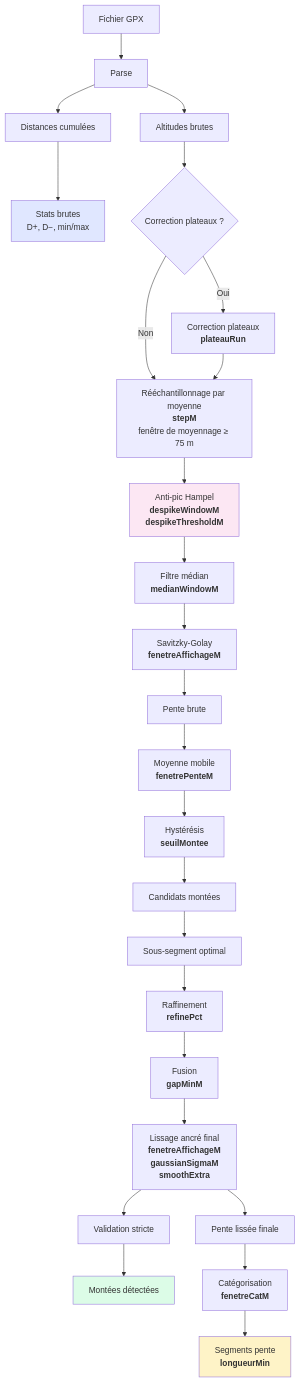
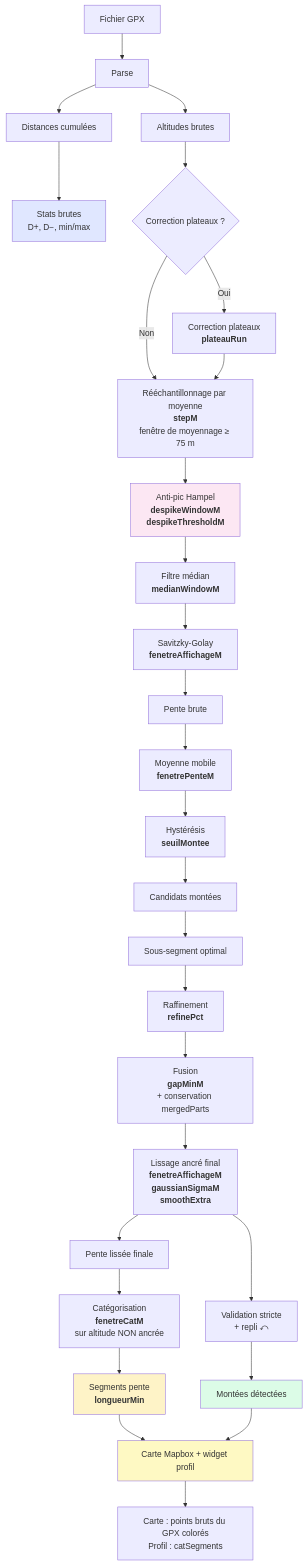
One commit to JMBaubet/VisuGPS2 changed the first of 16 diagrams in features/altimetrie/MUT.md. Above: the diagram before and after it, drawn with Mermaid. The commit also changed other lines of this file and 4 other files, not shown here.

````diff
--- a/features/altimetrie/MUT.md
+++ b/features/altimetrie/MUT.md
@@ -66,32 +76,36 @@
 ```mermaid
 flowchart TD
     A[Fichier GPX] --> B[Parse]
     B --> C[Distances cumulées]
     B --> D[Altitudes brutes]
     C --> E[Stats brutes<br/>D+, D−, min/max]
     D --> F{Correction plateaux ?}
     F -->|Oui| G[Correction plateaux<br/><b>plateauRun</b>]
     F -->|Non| H[Rééchantillonnage par moyenne<br/><b>stepM</b><br/>fenêtre de moyennage ≥ 75 m]
-    G --> H[Rééchantillonnage par moyenne<br/><b>stepM</b><br/>fenêtre de moyennage ≥ 75 m]
+    G --> H
     H --> I[Anti-pic Hampel<br/><b>despikeWindowM</b><br/><b>despikeThresholdM</b>]
     I --> J[Filtre médian<br/><b>medianWindowM</b>]
     J --> K[Savitzky-Golay<br/><b>fenetreAffichageM</b>]
     K --> L[Pente brute]
     L --> M[Moyenne mobile<br/><b>fenetrePenteM</b>]
     M --> N[Hystérésis<br/><b>seuilMontee</b>]
     N --> O[Candidats montées]
     O --> P[Sous-segment optimal]
     P --> Q[Raffinement<br/><b>refinePct</b>]
-    Q --> R[Fusion<br/><b>gapMinM</b>]
+    Q --> R[Fusion<br/><b>gapMinM</b><br/>+ conservation mergedParts]
     R --> S[Lissage ancré final<br/><b>fenetreAffichageM</b><br/><b>gaussianSigmaM</b><br/><b>smoothExtra</b>]
-    S --> T[Validation stricte]
+    S --> T[Validation stricte<br/>+ repli ⤺]
     T --> U[Montées détectées]
     S --> V[Pente lissée finale]
-    V --> W[Catégorisation<br/><b>fenetreCatM</b>]
+    V --> W[Catégorisation<br/><b>fenetreCatM</b><br/>sur altitude NON ancrée]
     W --> X[Segments pente<br/><b>longueurMin</b>]
+    X --> Y[Carte Mapbox + widget profil]
+    U --> Y
+    Y --> Z[Carte : points bruts du GPX colorés<br/>Profil : catSegments]
 
     style E fill:#e0e7ff
     style I fill:#fce7f3
     style U fill:#dcfce7
     style X fill:#fef3c7
+    style Y fill:#fef9c3
 ```
````
